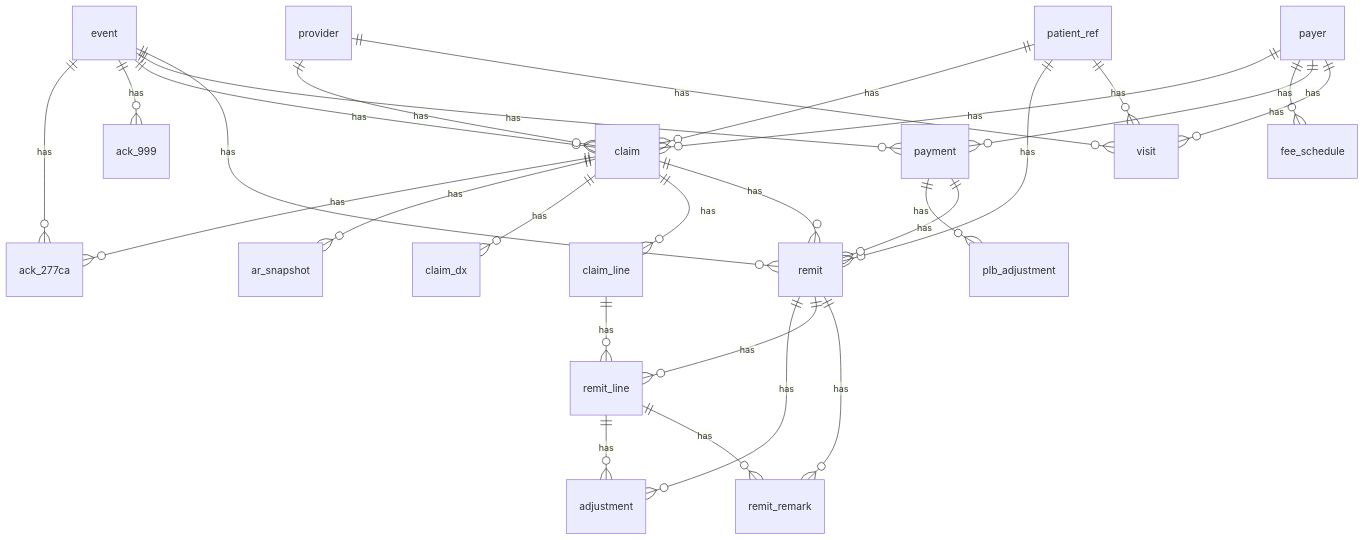
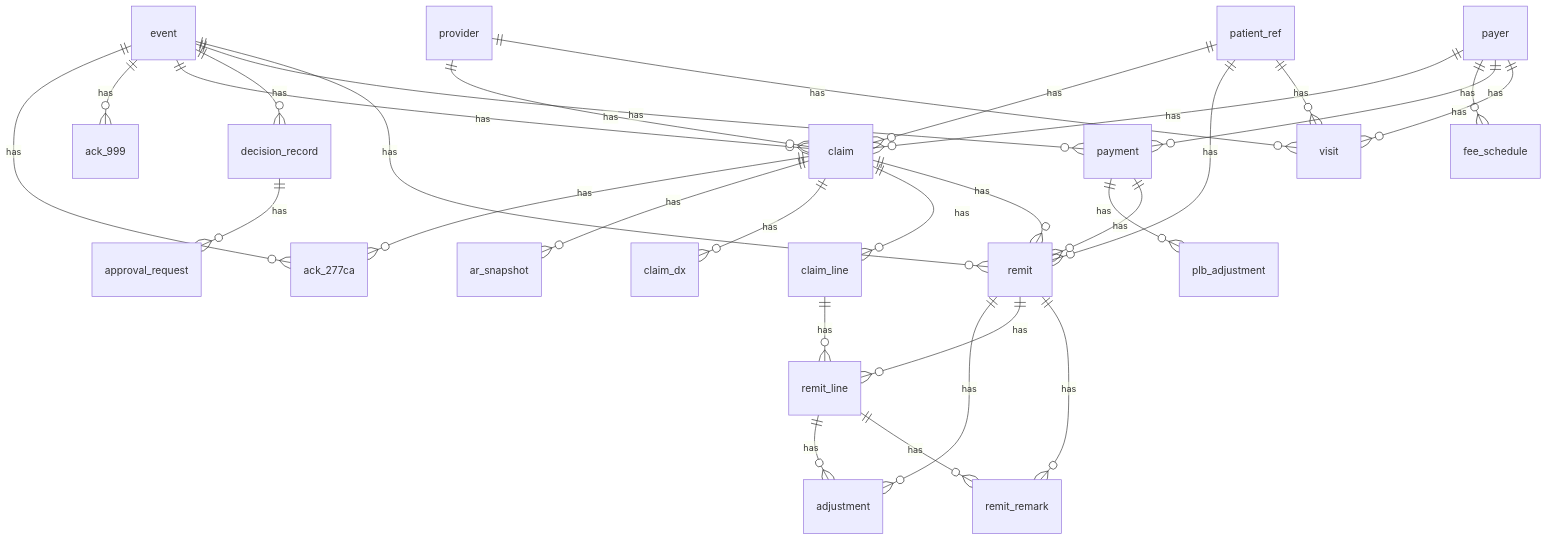
One commit to Gkecho/KrisnnAI_Agentic_RCM changed the diagram in docs/data_model.md. Above: the diagram before and after it, drawn with Mermaid. The commit also changed other lines of this file and 4 other files, not shown here.

Commit message:
M6: policy, decision_record and approval_request tables (migration 0004)

````diff
--- a/docs/data_model.md
+++ b/docs/data_model.md
@@ -25,30 +25,32 @@
 ```mermaid
 erDiagram
     claim ||--o{ ack_277ca : has
     claim ||--o{ ar_snapshot : has
     claim ||--o{ claim_dx : has
     claim ||--o{ claim_line : has
     claim ||--o{ remit : has
     claim_line ||--o{ remit_line : has
+    decision_record ||--o{ approval_request : has
     event ||--o{ ack_277ca : has
     event ||--o{ ack_999 : has
     event ||--o{ claim : has
+    event ||--o{ decision_record : has
     event ||--o{ payment : has
     event ||--o{ remit : has
     patient_ref ||--o{ claim : has
     patient_ref ||--o{ remit : has
     patient_ref ||--o{ visit : has
     payer ||--o{ claim : has
     payer ||--o{ fee_schedule : has
     payer ||--o{ payment : has
     payer ||--o{ visit : has
     payment ||--o{ plb_adjustment : has
     payment ||--o{ remit : has
     provider ||--o{ claim : has
     provider ||--o{ visit : has
     remit ||--o{ adjustment : has
     remit ||--o{ remit_line : has
     remit ||--o{ remit_remark : has
     remit_line ||--o{ adjustment : has
     remit_line ||--o{ remit_remark : has
 ```
````
